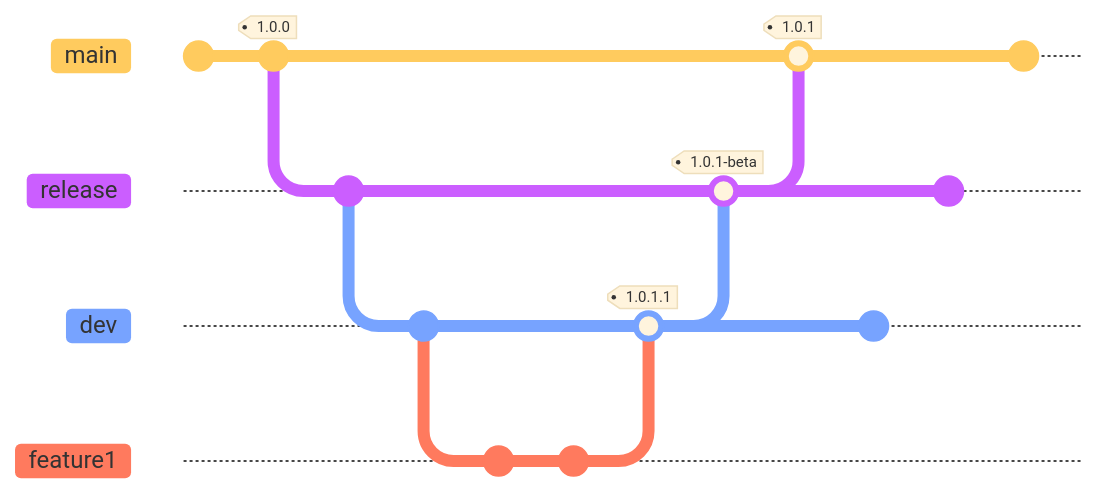
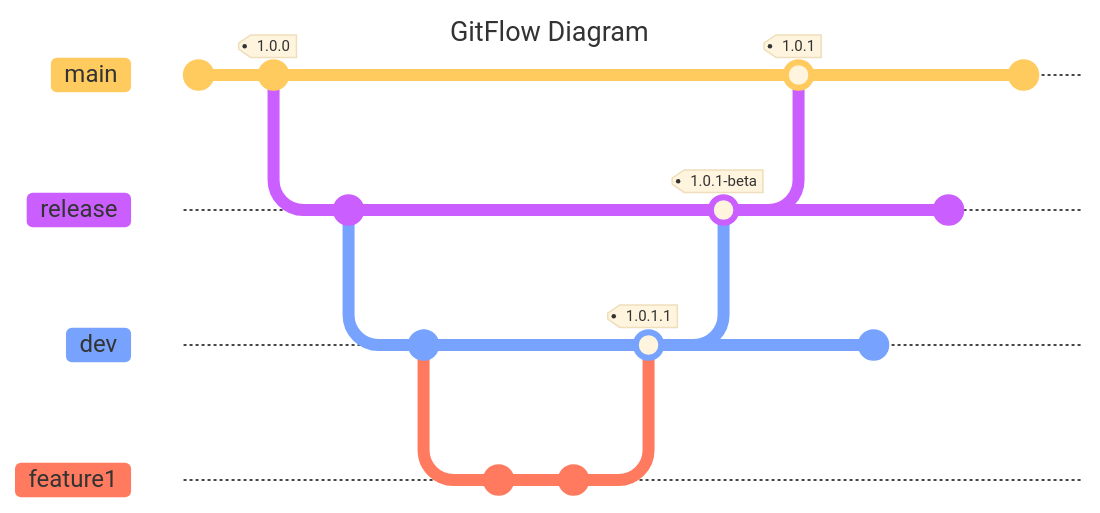
The diagram in devops/CodeFlow.md (daniel-grimm/reference-material), drawn with Mermaid before and after one commit. The commit also changed other lines of this file, not shown here. Commit ids are hidden.

Commit message:
Adding Introduction and Chart Title

````diff
--- a/devops/CodeFlow.md
+++ b/devops/CodeFlow.md
@@ -4,37 +6,40 @@
 ```mermaid
+---
+title: GitFlow Diagram
+---
 %%{
     init: {
         'logLevel': 'debug',
         'theme': 'base',
         'gitGraph': {
             'showBranches': true,
             'showCommitLabel': false
         }
     }
 }%%
 gitGraph
     commit
     commit tag: "1.0.0"
     branch release
     checkout release
     commit
     branch dev
     checkout dev
     commit
     branch feature1
     checkout feature1
     commit
     commit
     checkout dev
     merge feature1 tag: "1.0.1.1"
     checkout release
     merge dev tag: "1.0.1-beta"
     checkout main
     merge release tag: "1.0.1"
     checkout dev
     commit
     checkout release
     commit
     checkout main
     commit
 ```
````
